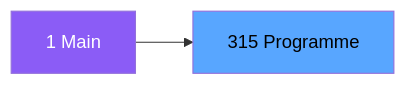
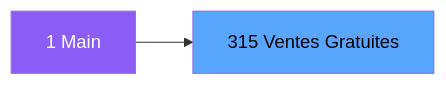
Before and after one commit to thonyAGP/magic-migration: the second of 3 diagrams in .openspec/specs/ADH-IDE-315.md, drawn with Mermaid. The commit also changed other lines of this file and 323 other files, not shown here.

````diff
--- a/.openspec/specs/ADH-IDE-315.md
+++ b/.openspec/specs/ADH-IDE-315.md
@@ -121,8 +130,8 @@
 ```mermaid
 graph LR
     M[1 Main]
-    T[315 Programme]
+    T[315 Ventes Gratuites]
     M --> T
     style M fill:#8b5cf6,color:#fff
     style T fill:#58a6ff,color:#000
 ```
````
